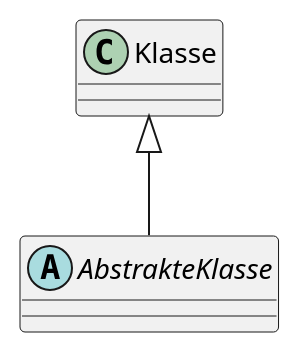
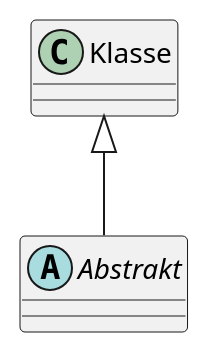
Before and after one commit to weichware10/meilensteine: the diagram in meilenstein_03/.template/uml-{modul}/{modul}.puml, drawn with PlantUML.

Commit message:
änderung

```diff
--- a/meilenstein_03/.template/uml-{modul}/{modul}.puml
+++ b/meilenstein_03/.template/uml-{modul}/{modul}.puml
@@ -1,5 +1,5 @@
 @startuml {modul}
-abstract AbstrakteKlasse
+abstract Abstrakt
 class Klasse
-Klasse <|-- AbstrakteKlasse
+Klasse <|-- Abstrakt
 @enduml
```
